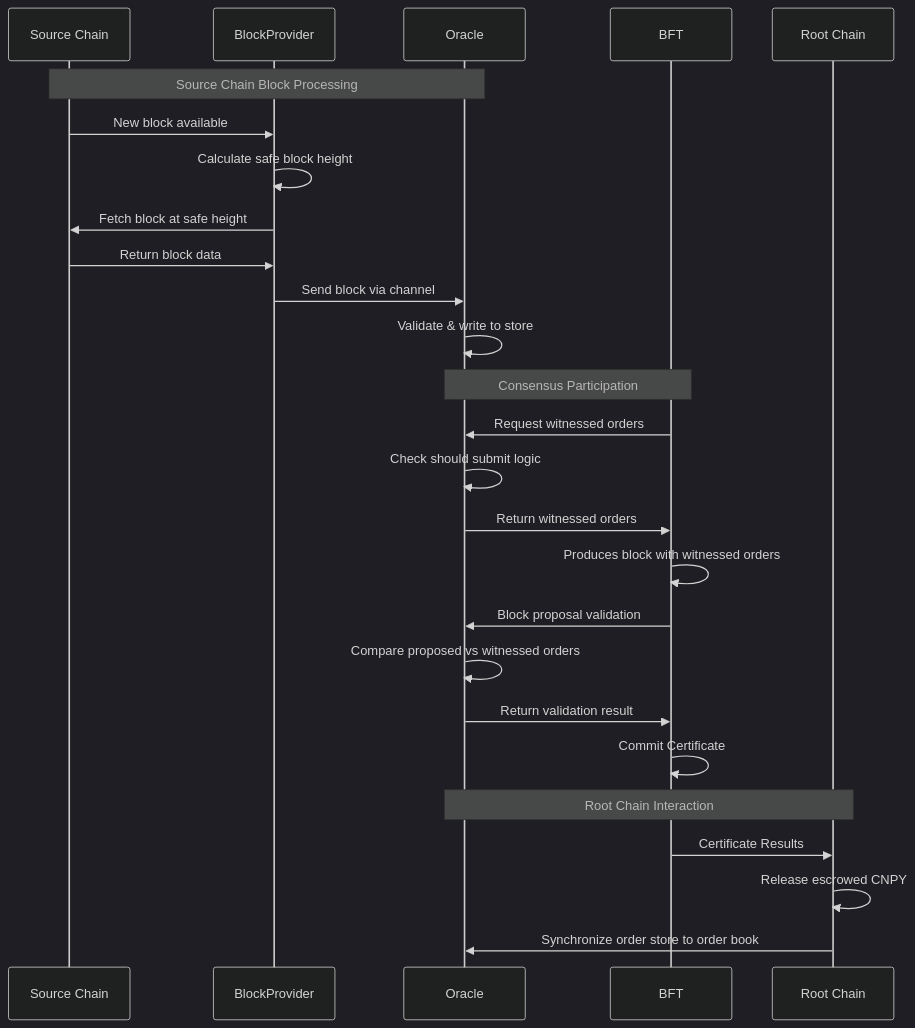
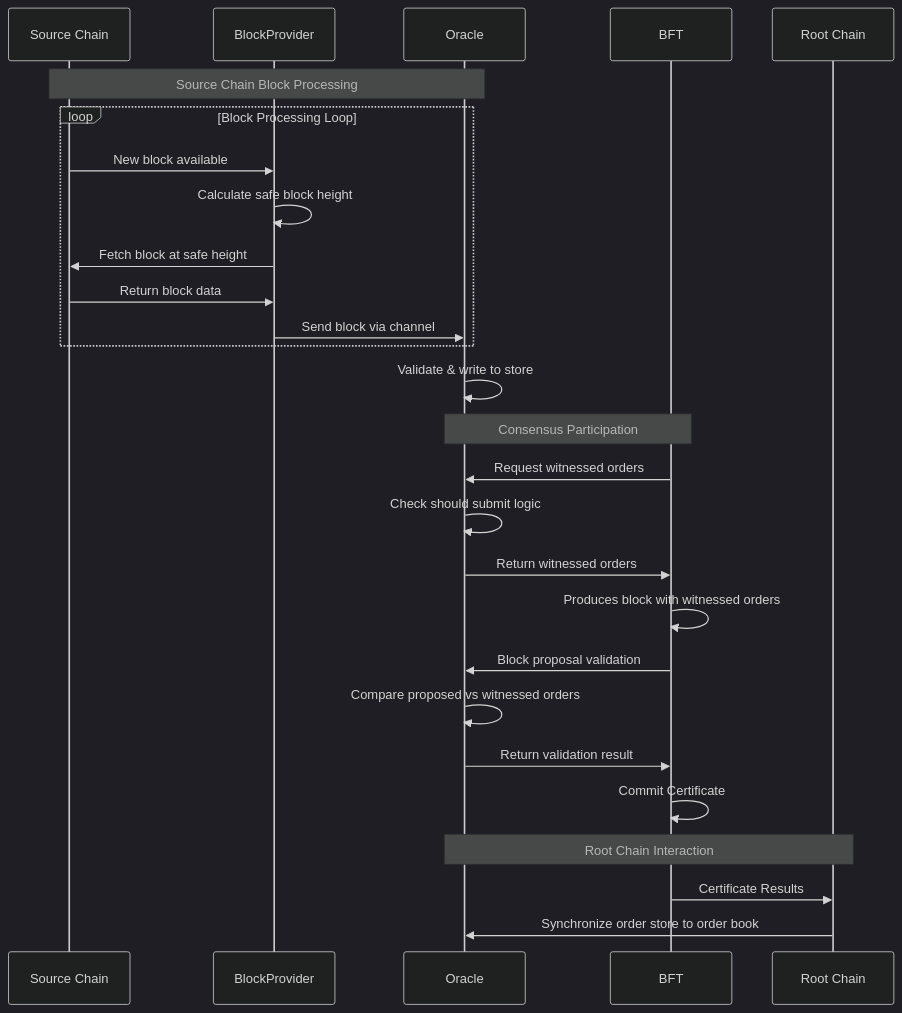
Before and after one commit to canopy-network/canopy: the diagram in cmd/rpc/oracle/ORACLE_FLOW.md, drawn with Mermaid (dark theme).

````diff
--- a/cmd/rpc/oracle/ORACLE_FLOW.md
+++ b/cmd/rpc/oracle/ORACLE_FLOW.md
@@ -11,38 +11,39 @@
 ```mermaid
 sequenceDiagram
     participant SC as Source Chain
     participant BP as BlockProvider
     participant O as Oracle
     participant BFT as BFT
     participant RC as Root Chain
 
     Note over SC,O: Source Chain Block Processing
     %% Block retrieval and processing
+loop Block Processing Loop
     SC->>BP: New block available
     BP->>BP: Calculate safe block height
     BP->>SC: Fetch block at safe height
     SC->>BP: Return block data
     BP->>O: Send block via channel
+end
     
     %% Oracle block processing
     O->>O: Validate & write to store
     
     Note over BFT,O: Consensus Participation
     %% BFT consensus integration
     BFT->>O: Request witnessed orders
     O->>O: Check should submit logic
     O->>BFT: Return witnessed orders
     BFT->>BFT: Produces block with witnessed orders
     
     %% Block proposal validation
     BFT->>O: Block proposal validation
     O->>O: Compare proposed vs witnessed orders
     O->>BFT: Return validation result
     BFT->>BFT: Commit Certificate
     
     Note over O,RC: Root Chain Interaction
     %% Root Chain interaction
     BFT->>RC: Certificate Results
-    RC->>RC: Release escrowed CNPY
     RC->>O: Synchronize order store to order book
 ```
````
